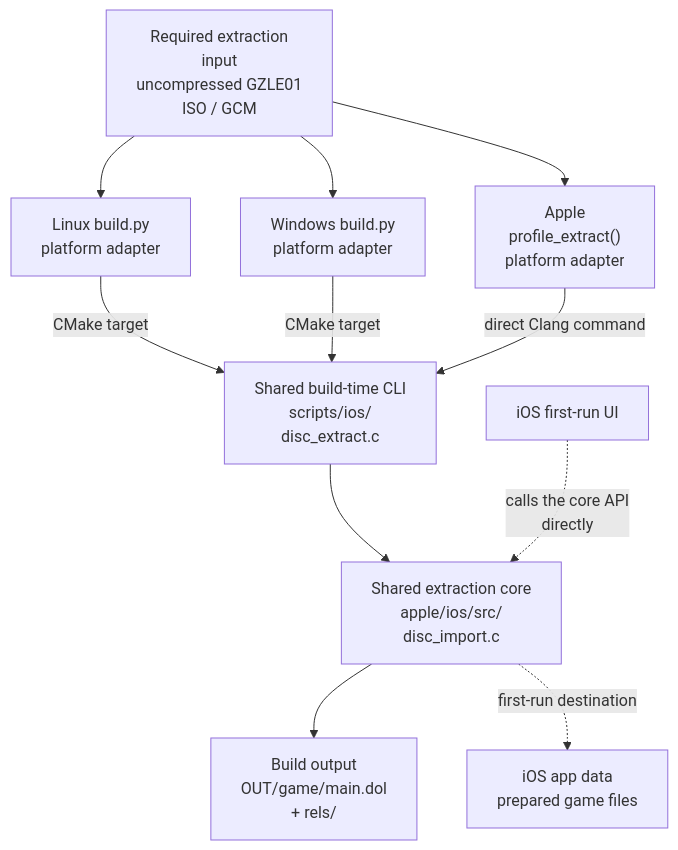
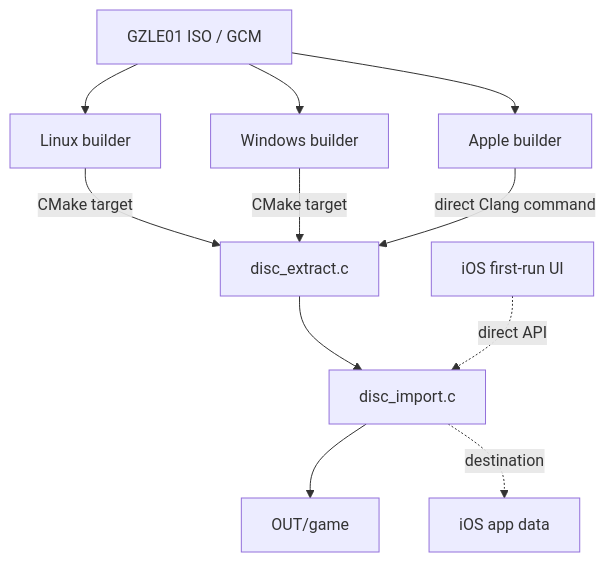
The fourth of 10 diagrams in docs/architecture/Build.md (Aelbannan/boat_of_daphnes), drawn with Mermaid before and after one commit. The commit also changed other lines of this file, not shown here.

Commit message:
Simplify build diagrams

````diff
--- a/docs/architecture/Build.md
+++ b/docs/architecture/Build.md
@@ -286,37 +264,22 @@
 ```mermaid
 flowchart TD
-    Disc["`Required extraction
-input
-uncompressed GZLE01
-ISO / GCM`"]
-    Linux["`Linux build.py
-platform adapter`"]
-    Windows["`Windows build.py
-platform adapter`"]
-    Apple["`Apple
-profile_extract()
-platform adapter`"]
-    CLI["`Shared build-time CLI
-scripts/ios/
-disc_extract.c`"]
-    Importer["`Shared extraction core
-apple/ios/src/
-disc_import.c`"]
-    Output["`Build output
-OUT/game/main.dol
-+ rels/`"]
+    Disc["GZLE01 ISO / GCM"]
+    Linux["Linux builder"]
+    Windows["Windows builder"]
+    Apple["Apple builder"]
+    CLI["disc_extract.c"]
+    Importer["disc_import.c"]
+    Output["OUT/game"]
     FirstRun["iOS first-run UI"]
-    AppData["`iOS app data
-prepared game files`"]
+    AppData["iOS app data"]
 
     Disc --> Linux
     Disc --> Windows
     Disc --> Apple
     Linux -->|CMake target| CLI
     Windows -->|CMake target| CLI
     Apple -->|direct Clang command| CLI
     CLI --> Importer --> Output
-    FirstRun -. "`calls the core API
-directly`" .-> Importer
-    Importer -. "first-run destination" .-> AppData
+    FirstRun -. "direct API" .-> Importer
+    Importer -. "destination" .-> AppData
 ```
````
